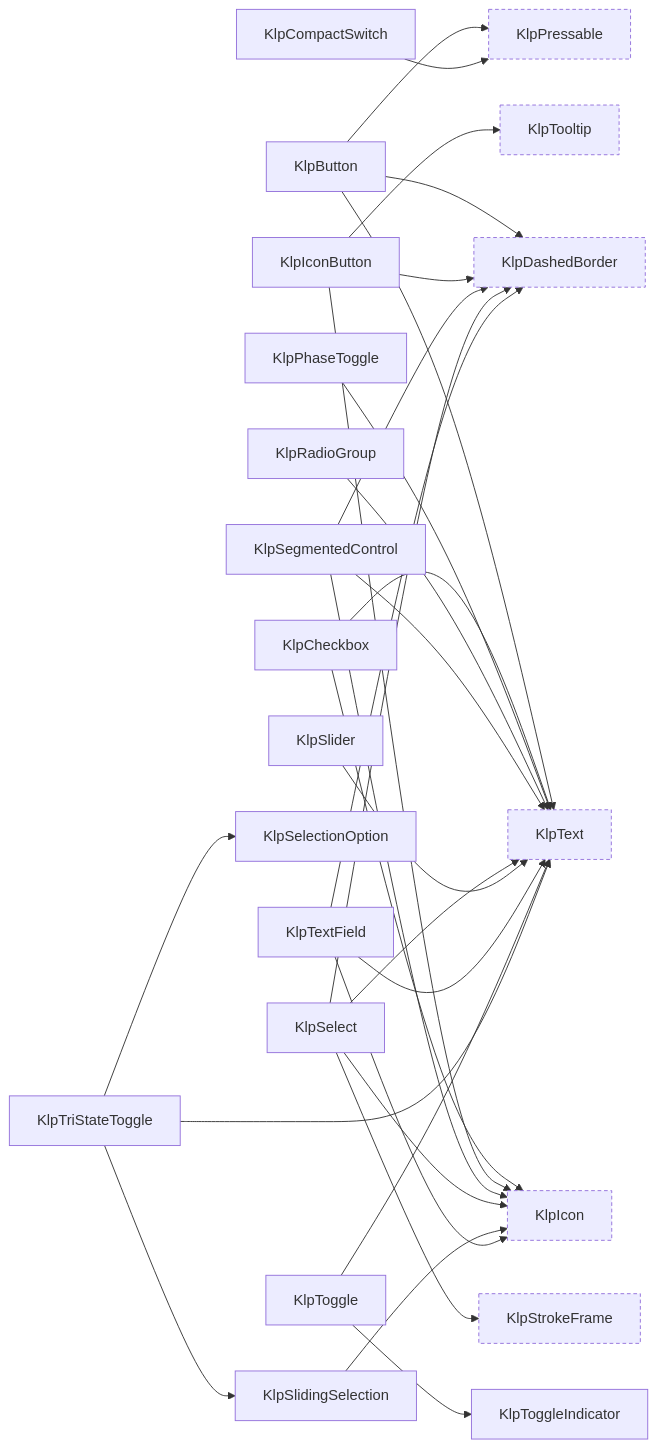
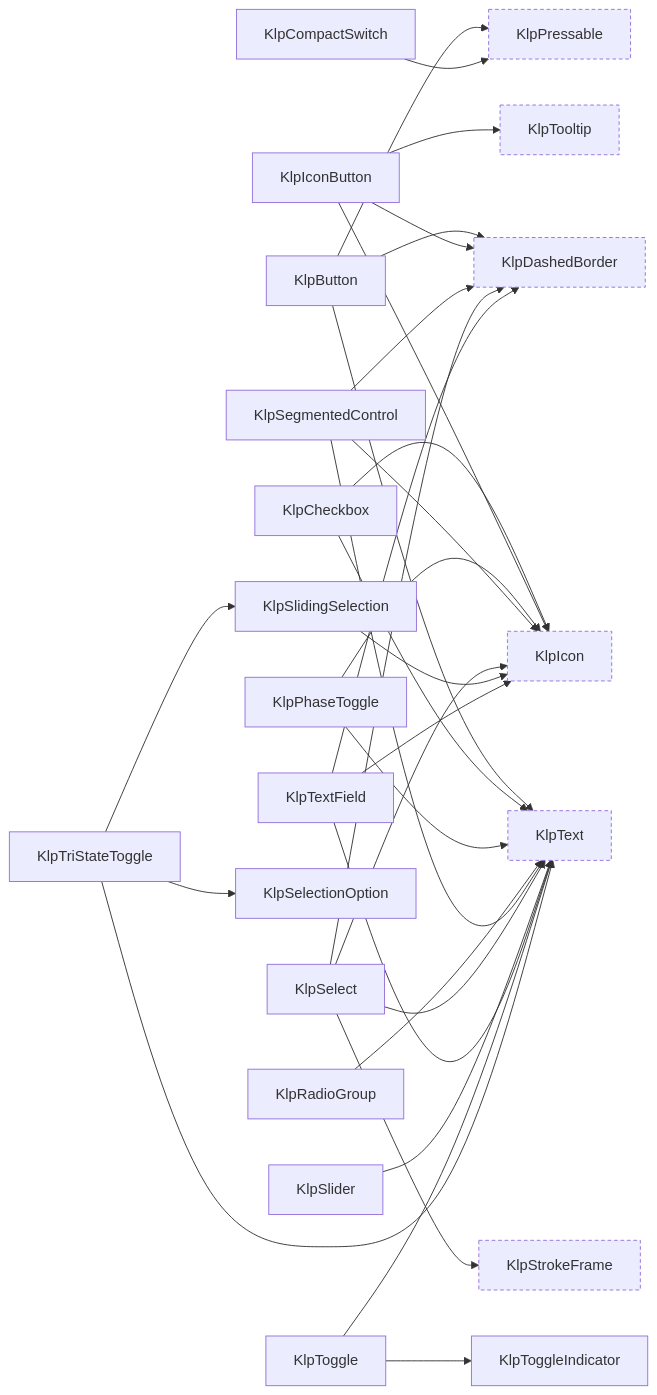
Before and after one commit to MiuDog/Kallopis: the ninth of 16 diagrams in spec/component-inventory.md, drawn with Mermaid. The commit also changed other lines of this file and 70 other files, not shown here.

````diff
--- a/spec/component-inventory.md
+++ b/spec/component-inventory.md
@@ -425,53 +426,54 @@
 ```mermaid
 graph LR
   KlpButton["KlpButton"]
   KlpCheckbox["KlpCheckbox"]
   KlpCompactSwitch["KlpCompactSwitch"]
   KlpDashedBorder["KlpDashedBorder"]:::external
   KlpIcon["KlpIcon"]:::external
   KlpIconButton["KlpIconButton"]
   KlpPhaseToggle["KlpPhaseToggle"]
   KlpPressable["KlpPressable"]:::external
   KlpRadioGroup["KlpRadioGroup"]
   KlpSegmentedControl["KlpSegmentedControl"]
   KlpSelect["KlpSelect"]
   KlpSelectionOption["KlpSelectionOption"]
   KlpSlider["KlpSlider"]
   KlpSlidingSelection["KlpSlidingSelection"]
   KlpStrokeFrame["KlpStrokeFrame"]:::external
   KlpText["KlpText"]:::external
   KlpTextField["KlpTextField"]
   KlpToggle["KlpToggle"]
   KlpToggleIndicator["KlpToggleIndicator"]
   KlpTooltip["KlpTooltip"]:::external
   KlpTriStateToggle["KlpTriStateToggle"]
   KlpButton --> KlpDashedBorder
   KlpButton --> KlpPressable
   KlpButton --> KlpText
   KlpCheckbox --> KlpIcon
   KlpCheckbox --> KlpText
   KlpCompactSwitch --> KlpPressable
   KlpIconButton --> KlpDashedBorder
   KlpIconButton --> KlpIcon
   KlpIconButton --> KlpTooltip
+  KlpPhaseToggle --> KlpIcon
   KlpPhaseToggle --> KlpText
   KlpRadioGroup --> KlpText
   KlpSegmentedControl --> KlpDashedBorder
   KlpSegmentedControl --> KlpIcon
   KlpSegmentedControl --> KlpText
   KlpSelect --> KlpDashedBorder
   KlpSelect --> KlpIcon
   KlpSelect --> KlpStrokeFrame
   KlpSelect --> KlpText
   KlpSlider --> KlpText
   KlpSlidingSelection --> KlpIcon
   KlpTextField --> KlpDashedBorder
   KlpTextField --> KlpIcon
   KlpTextField --> KlpText
   KlpToggle --> KlpText
   KlpToggle --> KlpToggleIndicator
   KlpTriStateToggle --> KlpSelectionOption
   KlpTriStateToggle --> KlpSlidingSelection
   KlpTriStateToggle --> KlpText
   classDef external stroke-dasharray: 4 3;
 ```
````
